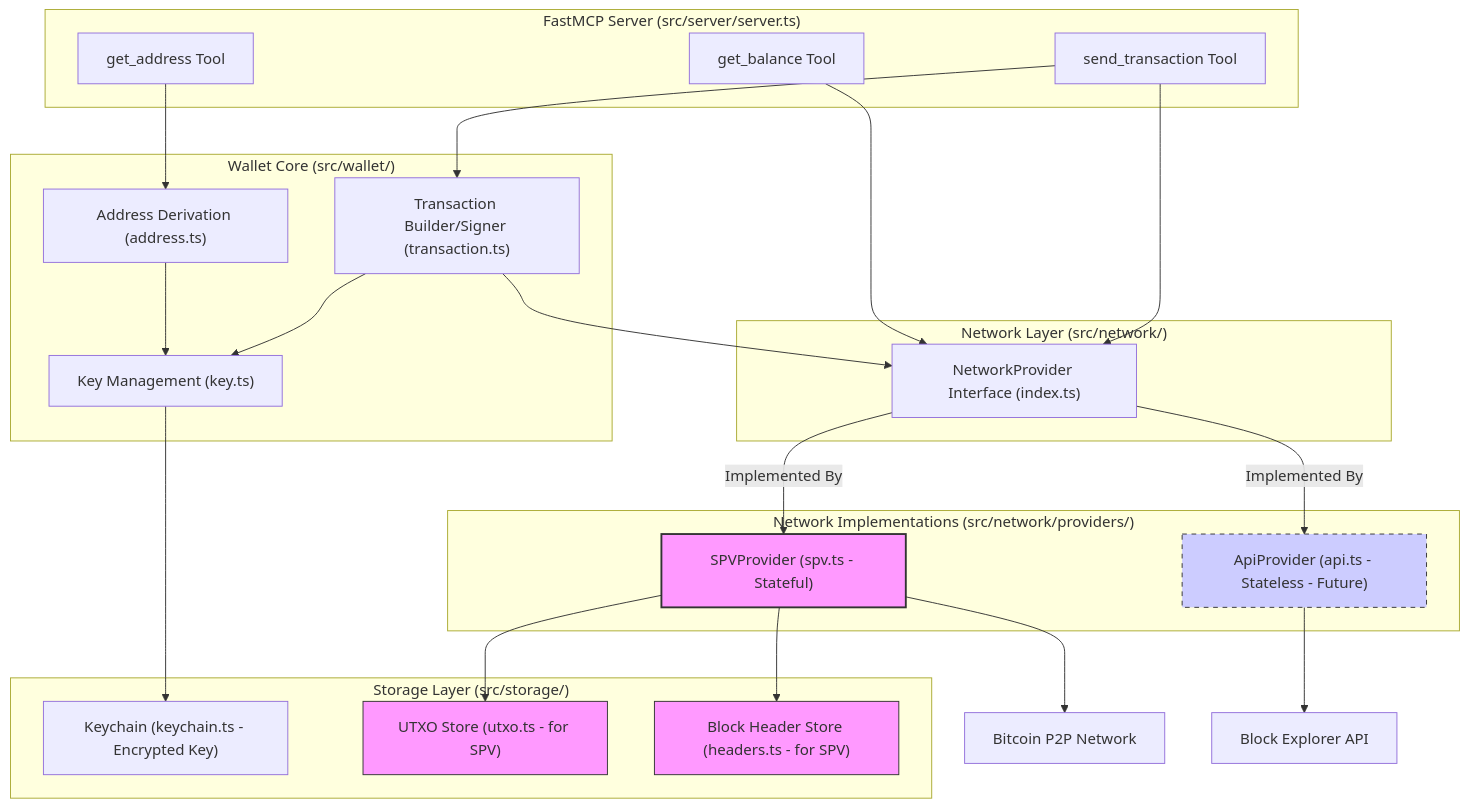
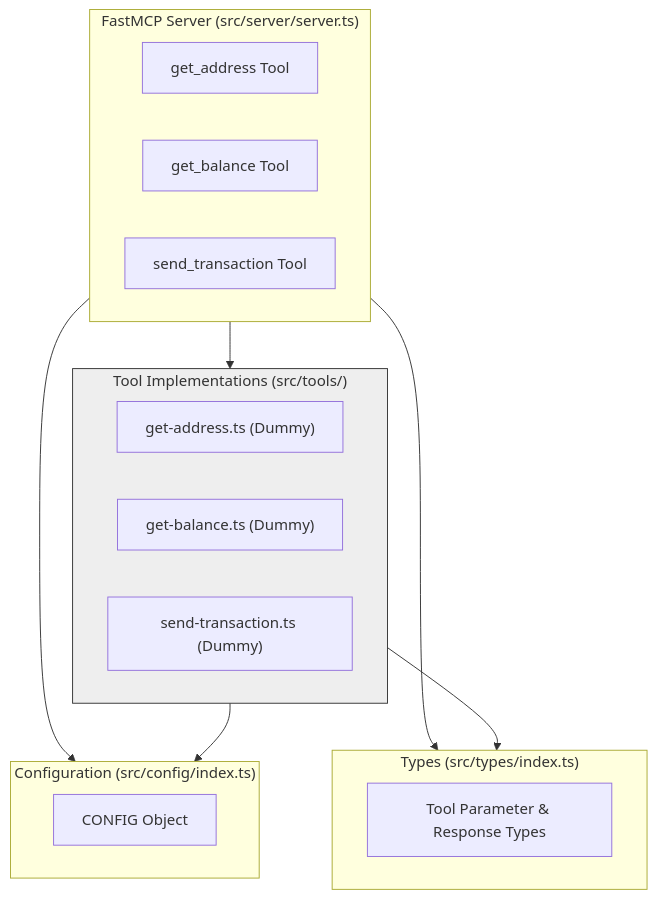
The diagram in memory-bank/systemPatterns.md (michalstefanow/mcp-bitcoin-server), drawn with Mermaid before and after one commit. The commit also changed other lines of this file and 6 other files, not shown here.

````diff
--- a/memory-bank/systemPatterns.md
+++ b/memory-bank/systemPatterns.md
@@ -5,54 +5,31 @@
 ```mermaid
 graph TD
     subgraph MCP_Server ["FastMCP Server (src/server/server.ts)"]
         T_Addr["get_address Tool"]
         T_Bal["get_balance Tool"]
         T_Send["send_transaction Tool"]
     end
 
-    subgraph Wallet_Core ["Wallet Core (src/wallet/)"]
-        KM["Key Management (key.ts)"]
-        Addr["Address Derivation (address.ts)"]
-        TB["Transaction Builder/Signer (transaction.ts)"]
+    subgraph Config ["Configuration (src/config/index.ts)"]
+        Conf["CONFIG Object"]
     end
 
-    subgraph Network_Layer ["Network Layer (src/network/)"]
-        NP_Interface["NetworkProvider Interface (index.ts)"]
+    subgraph Types ["Types (src/types/index.ts)"]
+        TypeDefs["Tool Parameter & Response Types"]
     end
 
-    subgraph Network_Implementations ["Network Implementations (src/network/providers/)"]
-        SPV["SPVProvider (spv.ts - Stateful)"]
-        API["ApiProvider (api.ts - Stateless - Future)"]
+    subgraph Tools ["Tool Implementations (src/tools/)"]
+        DummyAddr["get-address.ts (Dummy)"]
+        DummyBal["get-balance.ts (Dummy)"]
+        DummySend["send-transaction.ts (Dummy)"]
     end
 
-    subgraph Storage_Layer ["Storage Layer (src/storage/)"]
-        KC["Keychain (keychain.ts - Encrypted Key)"]
-        UTXO_Store["UTXO Store (utxo.ts - for SPV)"]
-        Header_Store["Block Header Store (headers.ts - for SPV)"]
-    end
+    MCP_Server --> Tools
+    MCP_Server --> Config
+    MCP_Server --> Types
 
-    T_Addr --> Addr
-    T_Bal --> NP_Interface
-    T_Send --> NP_Interface
-    T_Send --> TB
+    Tools --> Config
+    Tools --> Types
 
-    KM --> KC
-    Addr --> KM
-    TB --> KM
-    TB --> NP_Interface
-
-    NP_Interface -- Implemented By --> SPV
-    NP_Interface -- Implemented By --> API
-
-    SPV --> UTXO_Store
-    SPV --> Header_Store
-    SPV --> Bitcoin_Network["Bitcoin P2P Network"]
-
-    API --> External_API["Block Explorer API"]
-
-    %% Configuration selects implementation
-    style SPV fill:#f9f,stroke:#333,stroke-width:2px
-    style API fill:#ccf,stroke:#333,stroke-width:1px,stroke-dasharray: 5 5
-    style UTXO_Store fill:#f9f,stroke:#333,stroke-width:1px
-    style Header_Store fill:#f9f,stroke:#333,stroke-width:1px
+    style Tools fill:#eee,stroke:#333,stroke-width:1px
 ```
````
